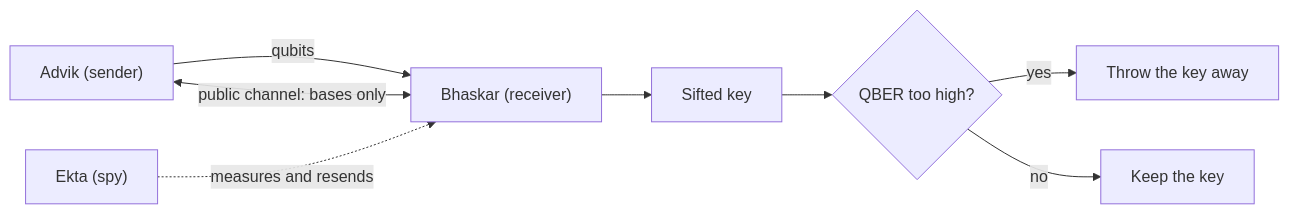
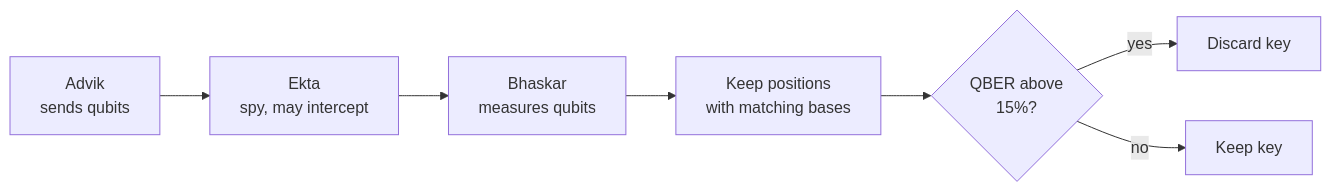
One commit to techindro/quantum-catching-the-spy-qkd changed the diagram in README.md. Above: the diagram before and after it, drawn with Mermaid. The commit also changed other lines of this file, not shown here.

````diff
--- a/README.md
+++ b/README.md
@@ -50,10 +59,6 @@
 ```mermaid
 flowchart LR
-    A["Advik (sender)"] -- "qubits" --> B["Bhaskar (receiver)"]
-    E["Ekta (spy)"] -. "measures and resends" .-> B
-    A <-- "public channel: bases only" --> B
-    B --> S["Sifted key"]
-    S --> Q{"QBER too high?"}
-    Q -- "yes" --> X["Throw the key away"]
-    Q -- "no" --> K["Keep the key"]
+    A["Advik<br/>sends qubits"] --> E["Ekta<br/>spy, may intercept"] --> B["Bhaskar<br/>measures qubits"] --> S["Keep positions<br/>with matching bases"] --> Q{"QBER above<br/>15%?"}
+    Q -- "yes" --> D["Discard key"]
+    Q -- "no" --> K["Keep key"]
 ```
````
